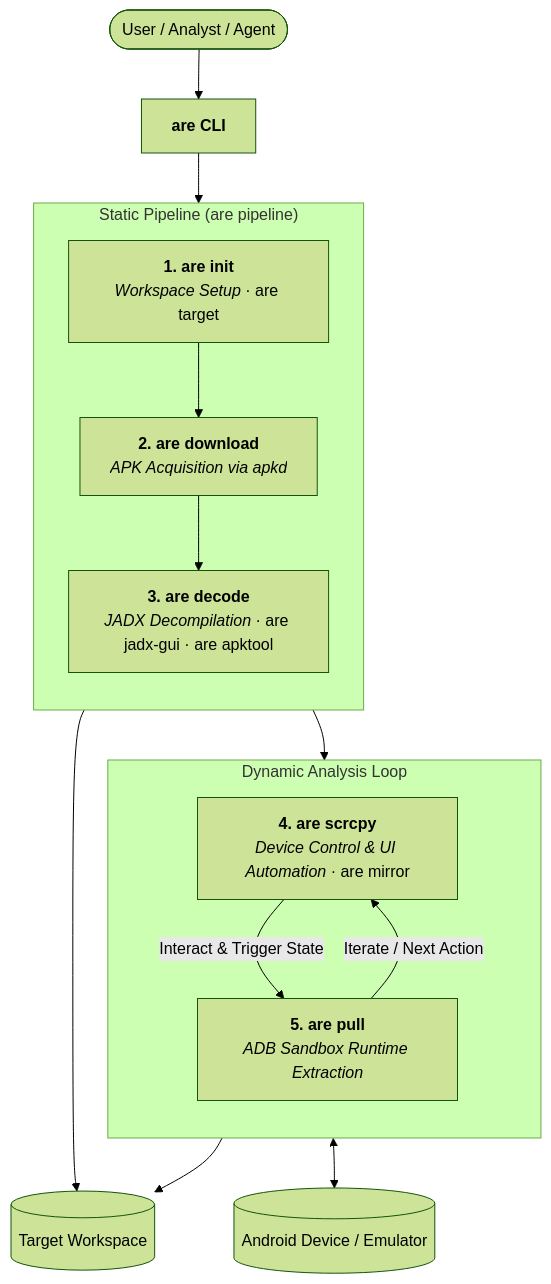
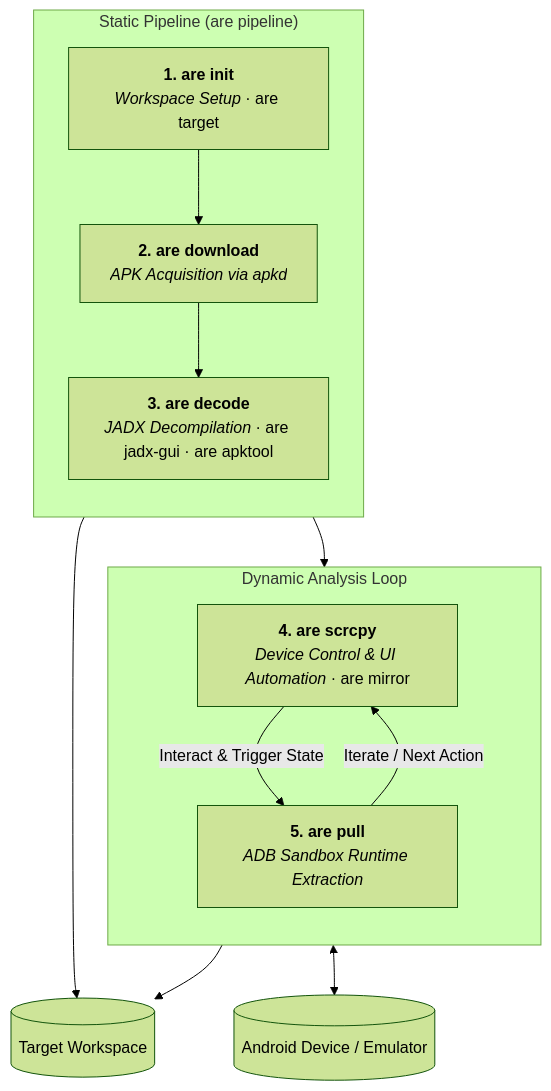
Before and after one commit to impeterwayne/REAKit: the diagram in README.md, drawn with Mermaid (forest theme).

Commit message:
docs: simplify architecture mermaid diagram in README

````diff
--- a/README.md
+++ b/README.md
@@ -30,28 +30,25 @@
 ```mermaid
 flowchart TD
-    User([User / Analyst / Agent]) --> CLI["<b>are CLI</b>"]
-
     subgraph Static ["Static Pipeline (are pipeline)"]
         direction TB
         S1["<b>1. are init</b><br/><i>Workspace Setup</i> · are target"]
         S2["<b>2. are download</b><br/><i>APK Acquisition via apkd</i>"]
         S3["<b>3. are decode</b><br/><i>JADX Decompilation</i> · are jadx-gui · are apktool"]
         S1 --> S2 --> S3
     end
 
     subgraph Dynamic ["Dynamic Analysis Loop"]
         direction TB
         S4["<b>4. are scrcpy</b><br/><i>Device Control & UI Automation</i> · are mirror"]
         S5["<b>5. are pull</b><br/><i>ADB Sandbox Runtime Extraction</i>"]
         
         S4 -->|Interact & Trigger State| S5
         S5 -->|Iterate / Next Action| S4
     end
 
-    CLI --> Static
     Static --> Dynamic
 
     Static --> WS[(Target Workspace)]
     S5 --> WS
     S4 <--> DEV[(Android Device / Emulator)]
 ```
````
